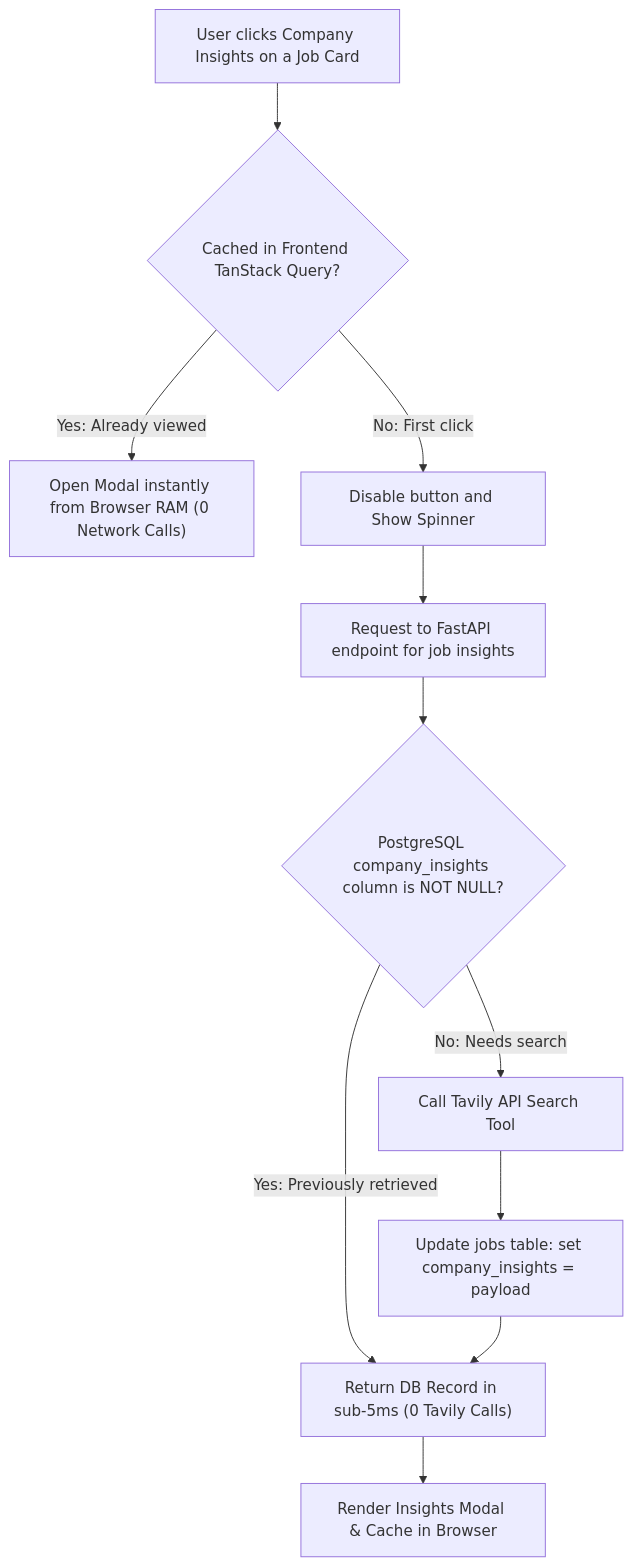
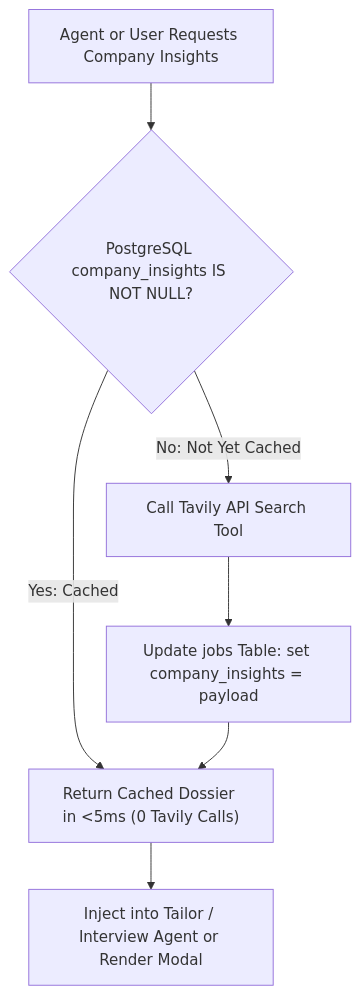
The fourth of 9 diagrams in docs/architecture_flowcharts.md (Mostafa710/career-copilot), drawn with Mermaid before and after one commit. The commit also changed other lines of this file and 2 other files, not shown here.

Commit message:
docs: synchronize README, implementation plan, and architecture flowcharts with exact multi-agent implementations

````diff
--- a/docs/architecture_flowcharts.md
+++ b/docs/architecture_flowcharts.md
@@ -177,19 +111,12 @@
 ```mermaid
 flowchart TD
-    Click["User clicks Company Insights on a Job Card"] --> ClientCache{"Cached in Frontend TanStack Query?"}
+    Trigger["Agent or User Requests Company Insights"] --> CheckDBCache{"PostgreSQL company_insights IS NOT NULL?"}
     
-    ClientCache -->|Yes: Already viewed| OpenModalInstant["Open Modal instantly from Browser RAM (0 Network Calls)"]
+    CheckDBCache -->|Yes: Cached| ReturnFromDB["Return Cached Dossier in <5ms (0 Tavily Calls)"]
+    CheckDBCache -->|No: Not Yet Cached| FetchTavily["Call Tavily API Search Tool"]
     
-    ClientCache -->|No: First click| DebounceBtn["Disable button and Show Spinner"]
-    DebounceBtn --> ApiReq["Request to FastAPI endpoint for job insights"]
-    
-    ApiReq --> CheckDBCache{"PostgreSQL company_insights column is NOT NULL?"}
-    
-    CheckDBCache -->|Yes: Previously retrieved| ReturnFromDB["Return DB Record in sub-5ms (0 Tavily Calls)"]
-    CheckDBCache -->|No: Needs search| FetchTavily["Call Tavily API Search Tool"]
-    
-    FetchTavily --> SaveDB["Update jobs table: set company_insights = payload"]
+    FetchTavily --> SaveDB["Update jobs Table: set company_insights = payload"]
     SaveDB --> ReturnFromDB
     
-    ReturnFromDB --> RenderUI["Render Insights Modal & Cache in Browser"]
+    ReturnFromDB --> Inject["Inject into Tailor / Interview Agent or Render Modal"]
 ```
````
